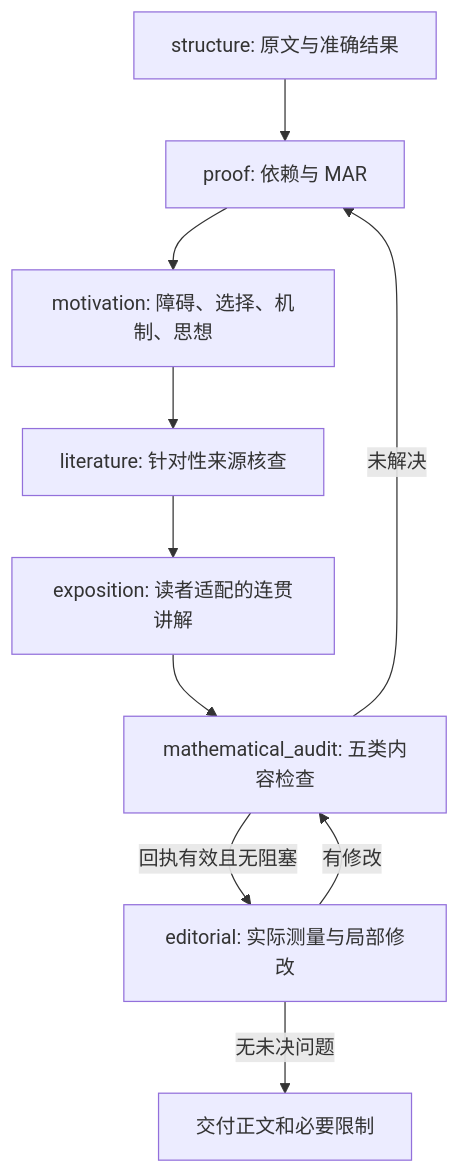
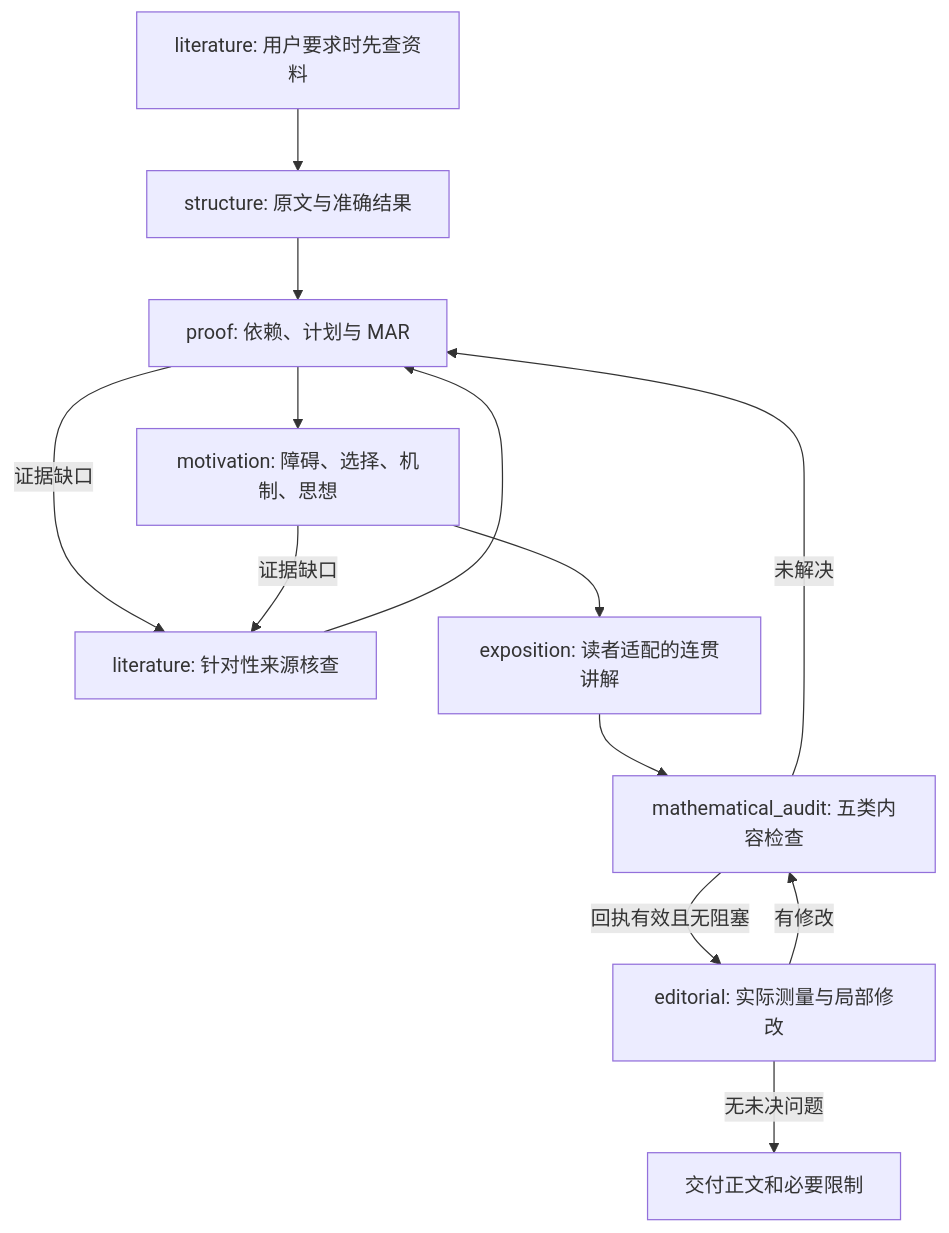
One commit to proffitteoy/Mathematician-Humanizer changed the diagram in docs/prompt-engineering.md. Above: the diagram before and after it, drawn with Mermaid. The commit also changed other lines of this file and 19 other files, not shown here.

````diff
--- a/docs/prompt-engineering.md
+++ b/docs/prompt-engineering.md
@@ -13,12 +13,15 @@
 ```mermaid
 flowchart TD
-  S[structure: 原文与准确结果] --> P[proof: 依赖与 MAR]
+  L0[literature: 用户要求时先查资料] --> S[structure: 原文与准确结果]
+  S --> P[proof: 依赖、计划与 MAR]
   P --> M[motivation: 障碍、选择、机制、思想]
-  M --> L[literature: 针对性来源核查]
-  L --> E[exposition: 读者适配的连贯讲解]
+  P -->|证据缺口| L[literature: 针对性来源核查]
+  M -->|证据缺口| L
+  L --> P
+  M --> E[exposition: 读者适配的连贯讲解]
   E --> A[mathematical_audit: 五类内容检查]
   A -->|未解决| P
   A -->|回执有效且无阻塞| R[editorial: 实际测量与局部修改]
   R -->|有修改| A
   R -->|无未决问题| F[交付正文和必要限制]
 ```
````
